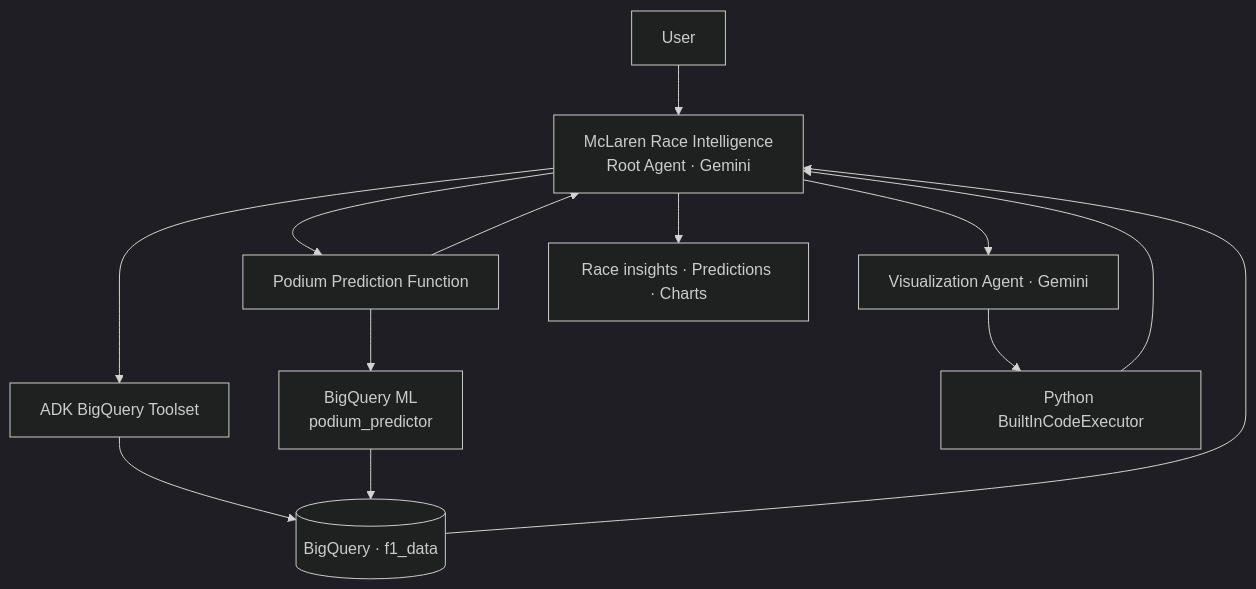
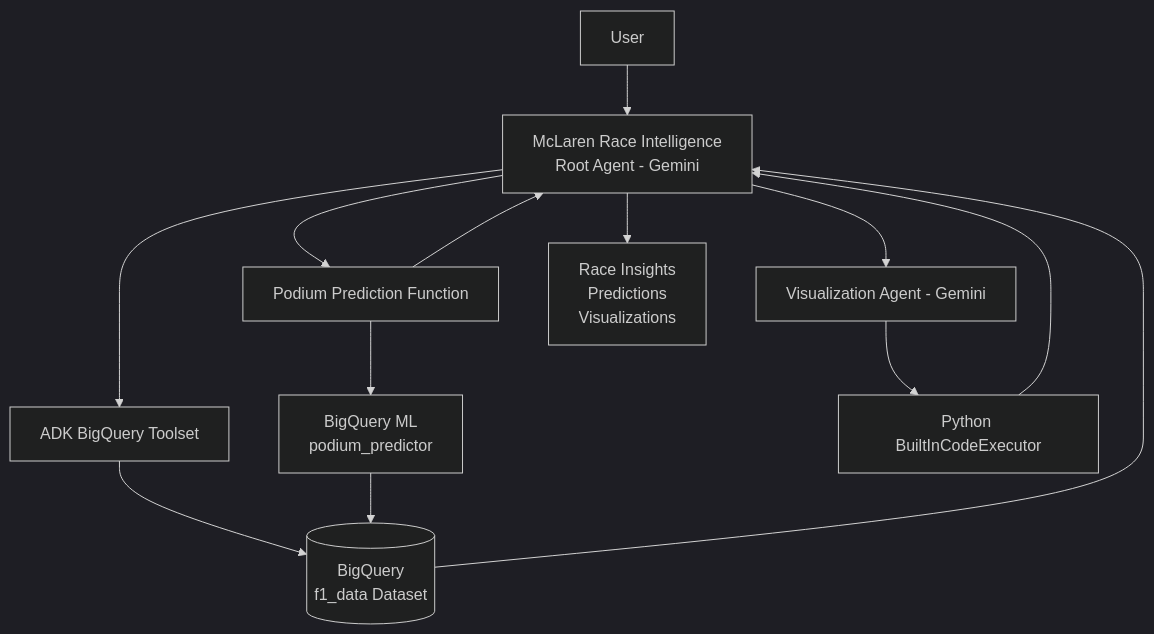
Before and after one commit to vxhll/mclaren-race-intelligence: the diagram in README.md, drawn with Mermaid (dark theme). The commit also changed other lines of this file, not shown here.

````diff
--- a/README.md
+++ b/README.md
@@ -48,15 +73,21 @@
 ```mermaid
 flowchart TD
-    U[User] --> R[McLaren Race Intelligence<br/>Root Agent · Gemini]
+    U[User] --> R[McLaren Race Intelligence<br/>Root Agent - Gemini]
+
     R --> B[ADK BigQuery Toolset]
     R --> P[Podium Prediction Function]
-    R --> V[Visualization Agent · Gemini]
-    B --> D[(BigQuery · f1_data)]
+    R --> V[Visualization Agent - Gemini]
+
+    B --> D[(BigQuery<br/>f1_data Dataset)]
+
     P --> M[BigQuery ML<br/>podium_predictor]
     M --> D
+
     V --> C[Python BuiltInCodeExecutor]
+
     D --> R
     P --> R
     C --> R
-    R --> O[Race insights · Predictions · Charts]
+
+    R --> O[Race Insights<br/>Predictions<br/>Visualizations]
 ```
````
